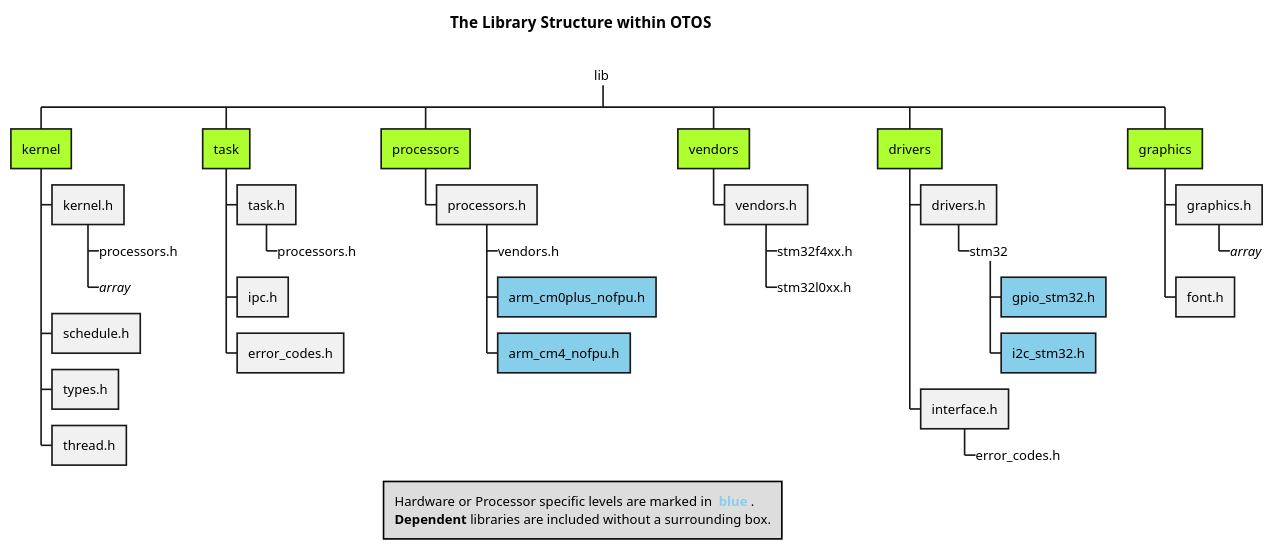
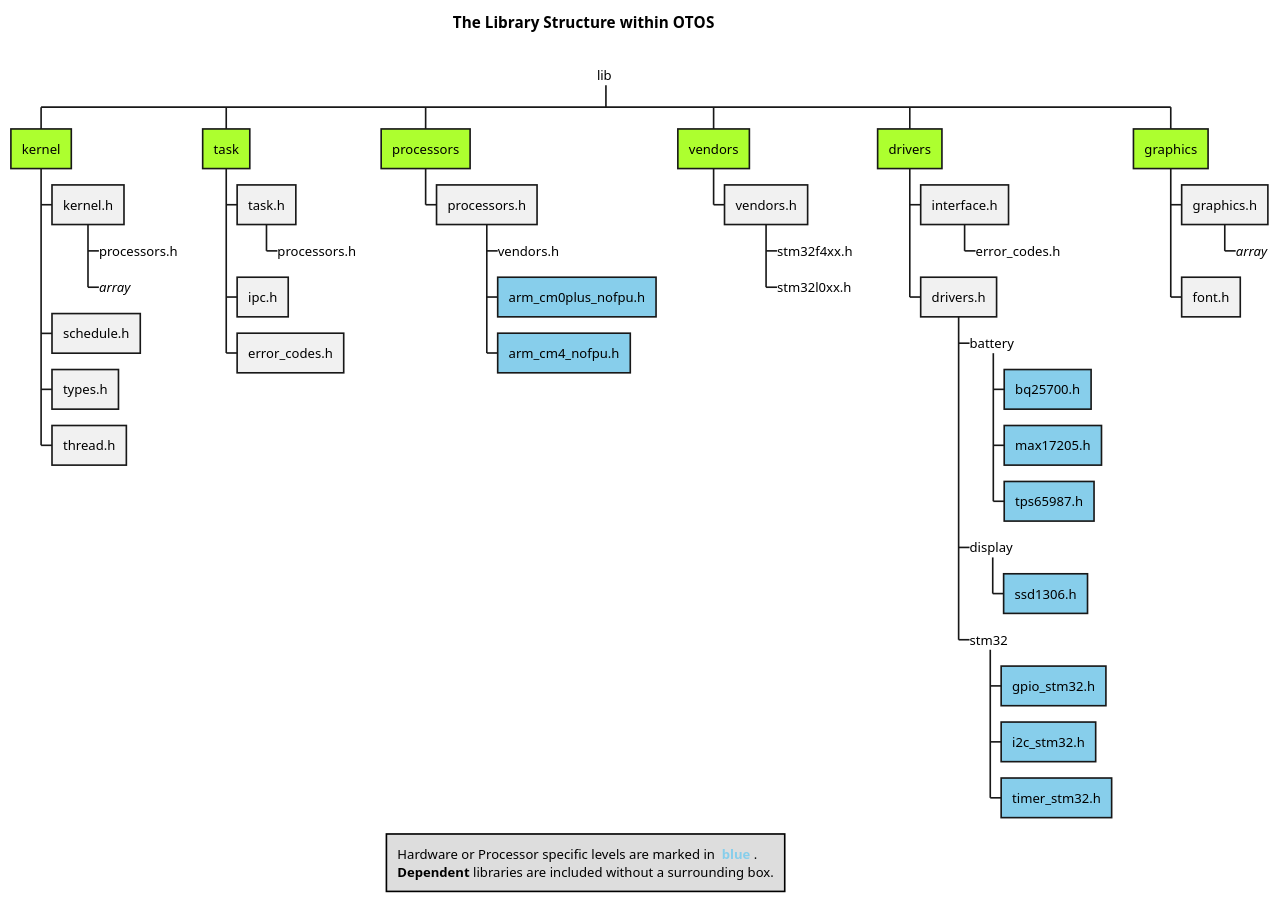
Before and after one commit to SebastianOberschwendtner/OTOS: the diagram in doc/UML/WBS_LibStructure.puml, drawn with PlantUML. The commit also changed 1 other file, not shown here.

```diff
--- a/doc/UML/WBS_LibStructure.puml
+++ b/doc/UML/WBS_LibStructure.puml
@@ -1,51 +1,58 @@
 @startwbs WBS_LibStructure
 title The Library Structure within **OTOS** \n
 legend Hardware or Processor specific levels are marked in **<color #SkyBlue> blue </color>**.\n<b>Dependent</b> libraries are included without a surrounding box.
 
 *_ lib
 
 ' === Kernel ===
 **[#GreenYellow] kernel
 *** kernel.h
 ****_ processors.h
 ****_ //array//
 *** schedule.h
 *** types.h
 *** thread.h
 
 ' === Task ===
 **[#GreenYellow] task
 *** task.h
 ****_ processors.h
 *** ipc.h
 *** error_codes.h
 
 ' === Processors ===
 **[#GreenYellow] processors
 *** processors.h
 ****_ vendors.h
 ****[#SkyBlue] arm_cm0plus_nofpu.h
 ****[#SkyBlue] arm_cm4_nofpu.h
 
 ' === Vendors ===
 **[#GreenYellow] vendors
 *** vendors.h
 ****_ stm32f4xx.h
 ****_ stm32l0xx.h
 
 ' === Drivers ===
 **[#GreenYellow] drivers
+*** interface.h
+****_ error_codes.h
 *** drivers.h
+****_ battery
+*****[#SkyBlue] bq25700.h
+*****[#SkyBlue] max17205.h
+*****[#SkyBlue] tps65987.h
+****_ display
+*****[#SkyBlue] ssd1306.h
 ****_ stm32
 *****[#SkyBlue] gpio_stm32.h
 *****[#SkyBlue] i2c_stm32.h
-*** interface.h
-****_ error_codes.h
+*****[#SkyBlue] timer_stm32.h
 
 ' === Graphics ===
 **[#GreenYellow] graphics
 *** graphics.h
 ****_ //array//
 *** font.h
 
 @endwbs
```
